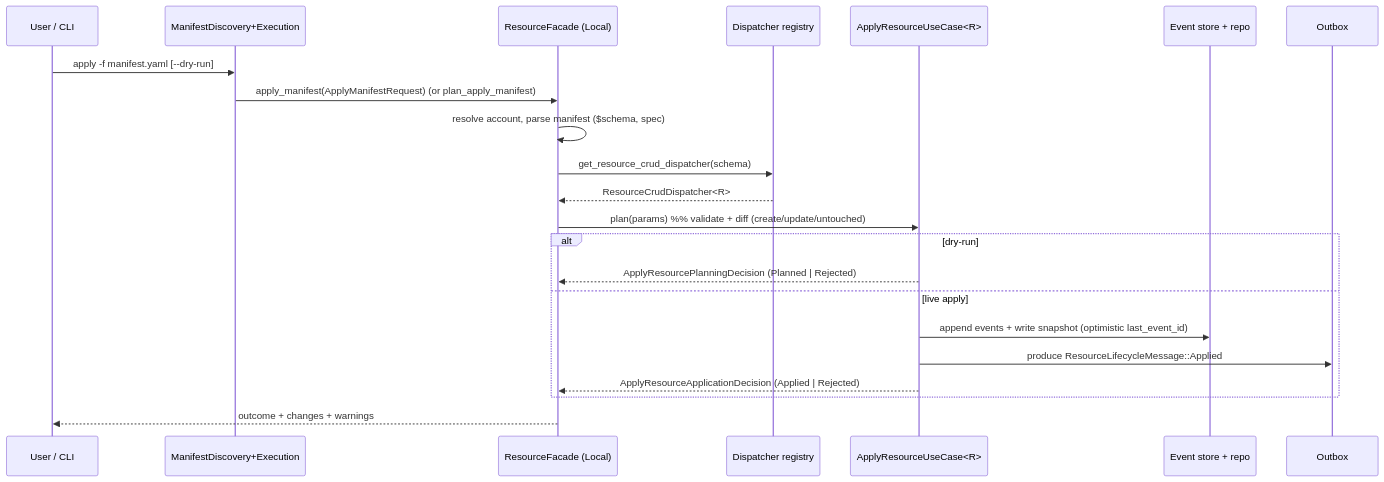
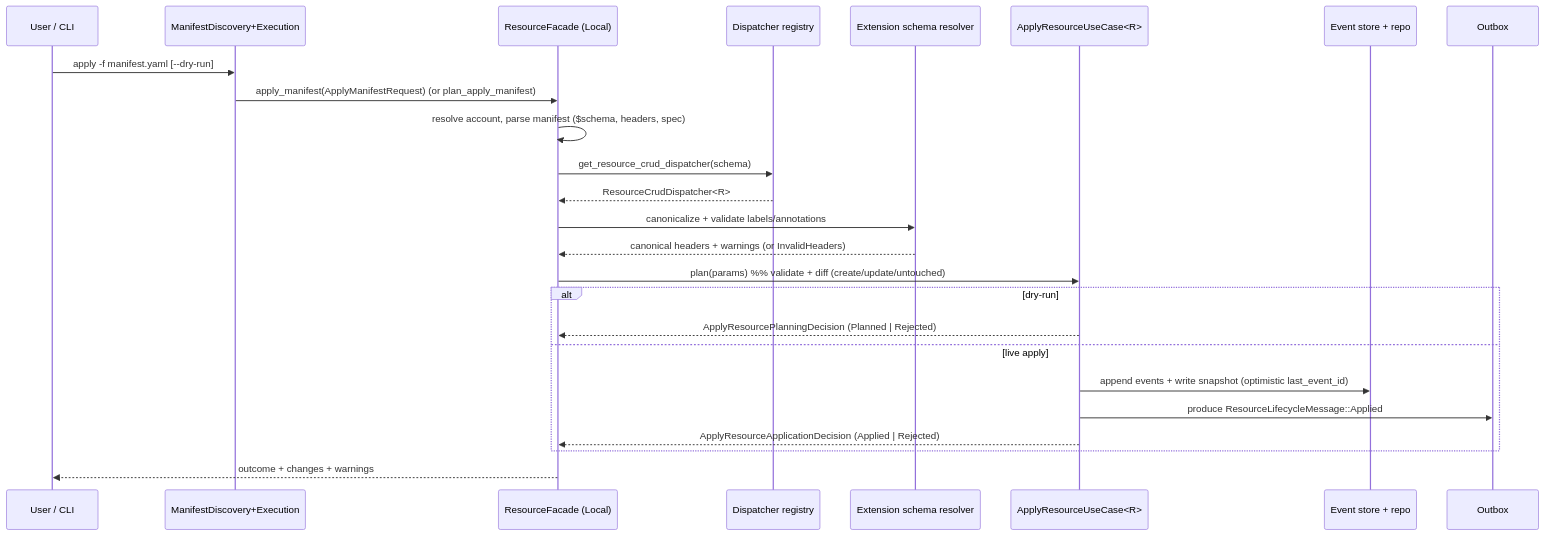
The third of 6 diagrams in docs/internal/resources-framework.md (kamu-data/kamu-cli), drawn with Mermaid before and after one commit. The commit also changed other lines of this file and 13 other files, not shown here.

````diff
--- a/docs/internal/resources-framework.md
+++ b/docs/internal/resources-framework.md
@@ -958,25 +974,28 @@
 ```mermaid
 sequenceDiagram
     participant U as User / CLI
     participant D as ManifestDiscovery+Execution
     participant F as ResourceFacade (Local)
     participant R as Dispatcher registry
+    participant X as Extension schema resolver
     participant UC as ApplyResourceUseCase<R>
     participant ST as Event store + repo
     participant OB as Outbox
 
     U->>D: apply -f manifest.yaml [--dry-run]
     D->>F: apply_manifest(ApplyManifestRequest) (or plan_apply_manifest)
-    F->>F: resolve account, parse manifest ($schema, spec)
+    F->>F: resolve account, parse manifest ($schema, headers, spec)
     F->>R: get_resource_crud_dispatcher(schema)
     R-->>F: ResourceCrudDispatcher<R>
+    F->>X: canonicalize + validate labels/annotations
+    X-->>F: canonical headers + warnings (or InvalidHeaders)
     F->>UC: plan(params)  %% validate + diff (create/update/untouched)
     alt dry-run
         UC-->>F: ApplyResourcePlanningDecision (Planned | Rejected)
     else live apply
         UC->>ST: append events + write snapshot (optimistic last_event_id)
         UC->>OB: produce ResourceLifecycleMessage::Applied
         UC-->>F: ApplyResourceApplicationDecision (Applied | Rejected)
     end
     F-->>U: outcome + changes + warnings
 ```
````
